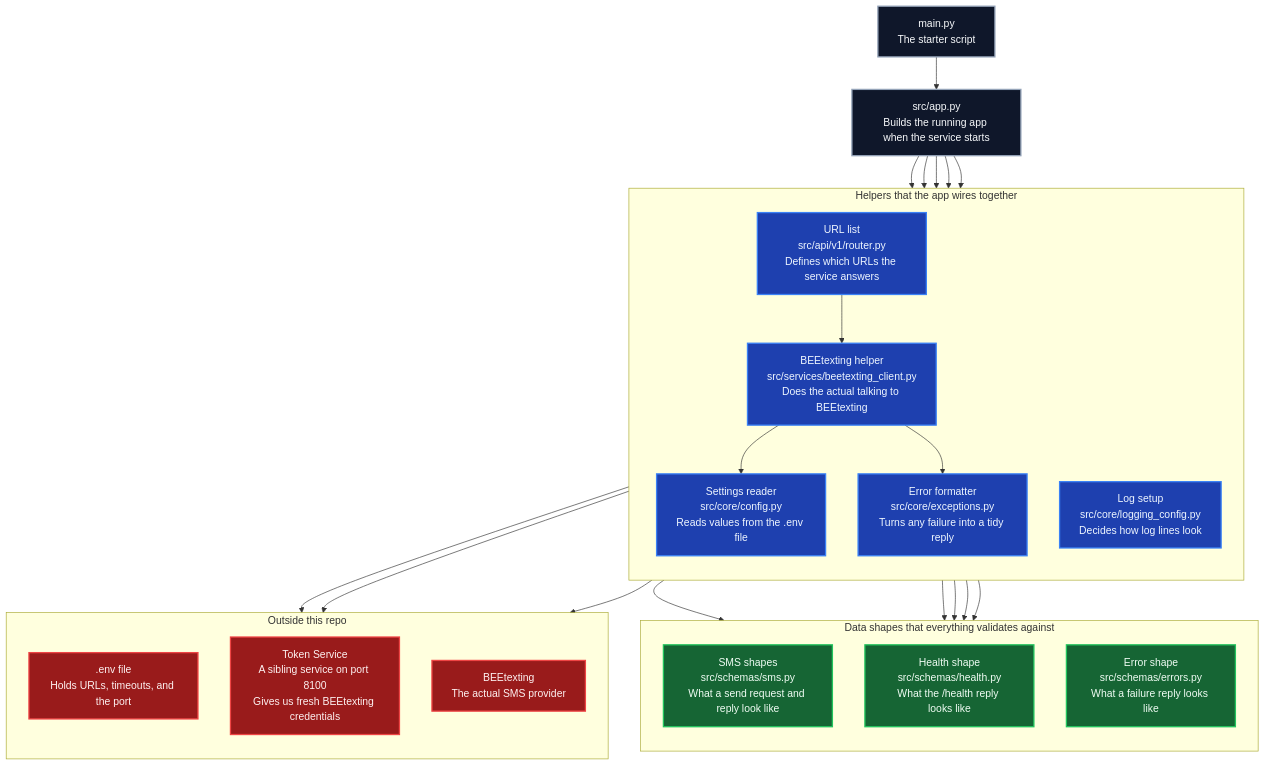
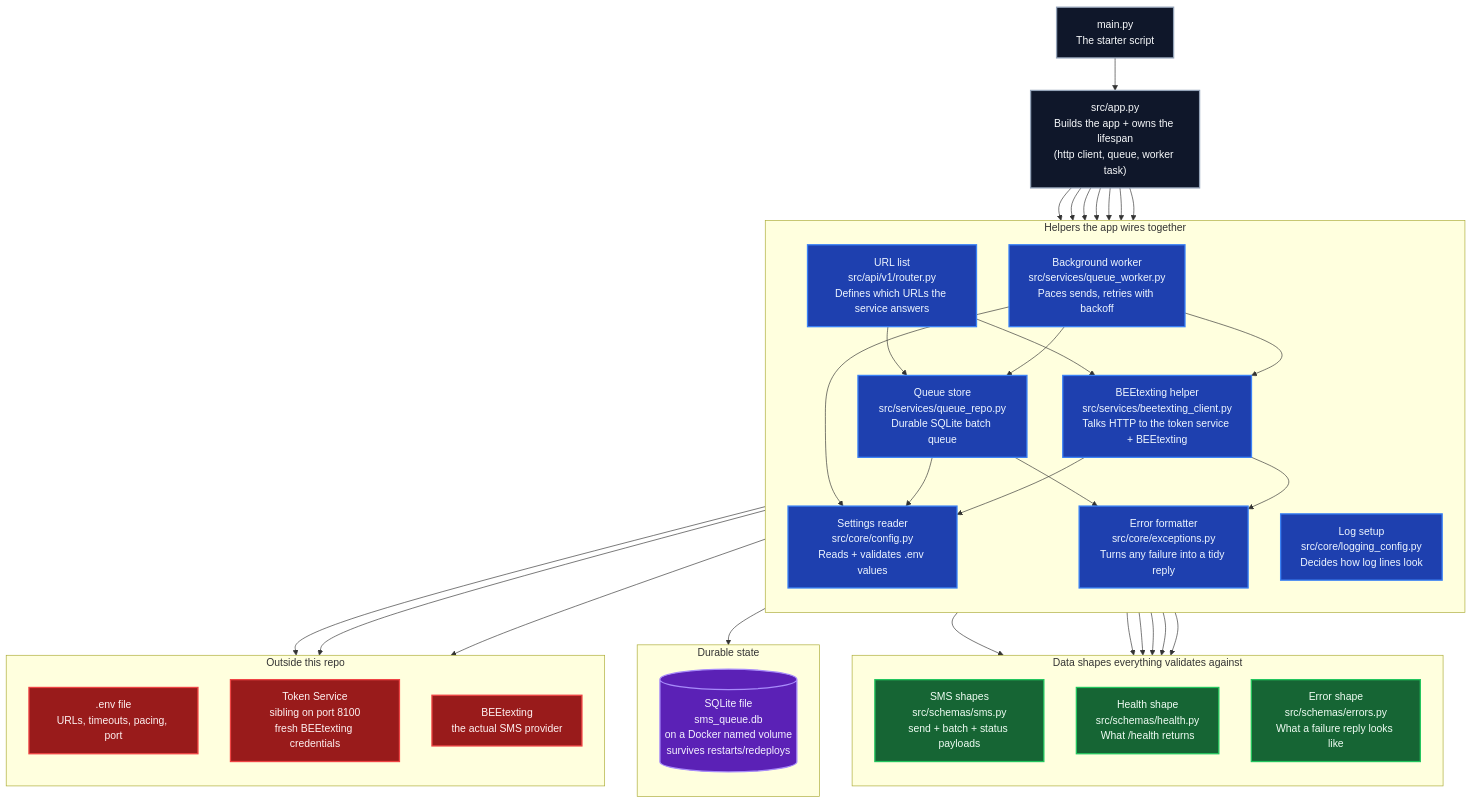
Before and after one commit to AnsImran/messages-service: the fourth of 4 diagrams in README.md, drawn with Mermaid. The commit also changed other lines of this file and 19 other files, not shown here.

Commit message:
Durable paced SMS batch queue: POST /api/v1/sms/batch + GET /api/v1/sms/status/{batch_id}; single FIFO aiosqlite-backed worker = global send pacing + exponential backoff + jitter, at-least-once delivery surviving restarts. +aiosqlite dep, queue named volume, config knobs, README rewrite.

````diff
--- a/README.md
+++ b/README.md
@@ -64,60 +129,81 @@
 ```mermaid
 flowchart TB
     MAIN["main.py<br/>The starter script"]
-    APP["src/app.py<br/>Builds the running app when the service starts"]
+    APP["src/app.py<br/>Builds the app + owns the lifespan<br/>(http client, queue, worker task)"]
 
-    subgraph HELPERS["Helpers that the app wires together"]
+    subgraph HELPERS["Helpers the app wires together"]
         direction TB
-        CONFIG["Settings reader<br/>src/core/config.py<br/>Reads values from the .env file"]
+        CONFIG["Settings reader<br/>src/core/config.py<br/>Reads + validates .env values"]
         LOG["Log setup<br/>src/core/logging_config.py<br/>Decides how log lines look"]
         EXC["Error formatter<br/>src/core/exceptions.py<br/>Turns any failure into a tidy reply"]
         ROUTER["URL list<br/>src/api/v1/router.py<br/>Defines which URLs the service answers"]
-        CLIENT["BEEtexting helper<br/>src/services/beetexting_client.py<br/>Does the actual talking to BEEtexting"]
+        CLIENT["BEEtexting helper<br/>src/services/beetexting_client.py<br/>Talks HTTP to the token service + BEEtexting"]
+        REPO["Queue store<br/>src/services/queue_repo.py<br/>Durable SQLite batch queue"]
+        WORKER["Background worker<br/>src/services/queue_worker.py<br/>Paces sends, retries with backoff"]
     end
 
-    subgraph SHAPES["Data&nbsp;shapes&nbsp;that&nbsp;everything&nbsp;validates&nbsp;against"]
+    subgraph SHAPES["Data&nbsp;shapes&nbsp;everything&nbsp;validates&nbsp;against"]
         direction TB
-        SMS_S["SMS shapes<br/>src/schemas/sms.py<br/>What a send request and reply look like"]
-        HEALTH_S["Health shape<br/>src/schemas/health.py<br/>What the /health reply looks like"]
+        SMS_S["SMS shapes<br/>src/schemas/sms.py<br/>send + batch + status payloads"]
+        HEALTH_S["Health shape<br/>src/schemas/health.py<br/>What /health returns"]
         ERR_S["Error shape<br/>src/schemas/errors.py<br/>What a failure reply looks like"]
+    end
+
+    subgraph STATE["Durable state"]
+        direction TB
+        DB[("SQLite file<br/>sms_queue.db<br/>on a Docker named volume<br/>survives restarts/redeploys")]
     end
 
     subgraph OUTSIDE["Outside this repo"]
         direction TB
-        ENV[".env file<br/>Holds URLs, timeouts, and the port"]
-        TOKEN["Token Service<br/>A sibling service on port 8100<br/>Gives us fresh BEEtexting credentials"]
-        BEE["BEEtexting<br/>The actual SMS provider"]
+        ENV[".env file<br/>URLs, timeouts, pacing, port"]
+        TOKEN["Token Service<br/>sibling on port 8100<br/>fresh BEEtexting credentials"]
+        BEE["BEEtexting<br/>the actual SMS provider"]
     end
 
     MAIN --> APP
 
     APP --> CONFIG
     APP --> LOG
     APP --> EXC
     APP --> ROUTER
     APP --> CLIENT
+    APP --> REPO
+    APP --> WORKER
 
     ROUTER --> CLIENT
+    ROUTER --> REPO
     ROUTER --> SMS_S
     ROUTER --> HEALTH_S
     ROUTER --> ERR_S
+
+    WORKER --> REPO
+    WORKER --> CLIENT
+    WORKER --> CONFIG
+    WORKER --> SMS_S
+
+    REPO --> CONFIG
+    REPO --> EXC
+    REPO --> DB
 
     CLIENT --> CONFIG
     CLIENT --> EXC
     CLIENT --> SMS_S
     CLIENT --> TOKEN
     CLIENT --> BEE
 
     CONFIG --> ENV
     EXC --> ERR_S
 
     classDef starter fill:#0f172a,stroke:#94a3b8,color:#f8fafc,stroke-width:2px
     classDef helper fill:#1e40af,stroke:#3b82f6,color:#eff6ff,stroke-width:2px
     classDef shape fill:#166534,stroke:#22c55e,color:#f0fdf4,stroke-width:2px
+    classDef store fill:#5b21b6,stroke:#a78bfa,color:#f5f3ff,stroke-width:2px
     classDef outside fill:#991b1b,stroke:#ef4444,color:#fef2f2,stroke-width:2px
 
     class MAIN,APP starter
-    class CONFIG,LOG,EXC,ROUTER,CLIENT helper
+    class CONFIG,LOG,EXC,ROUTER,CLIENT,REPO,WORKER helper
     class SMS_S,HEALTH_S,ERR_S shape
+    class DB store
     class ENV,TOKEN,BEE outside
 ```
````
